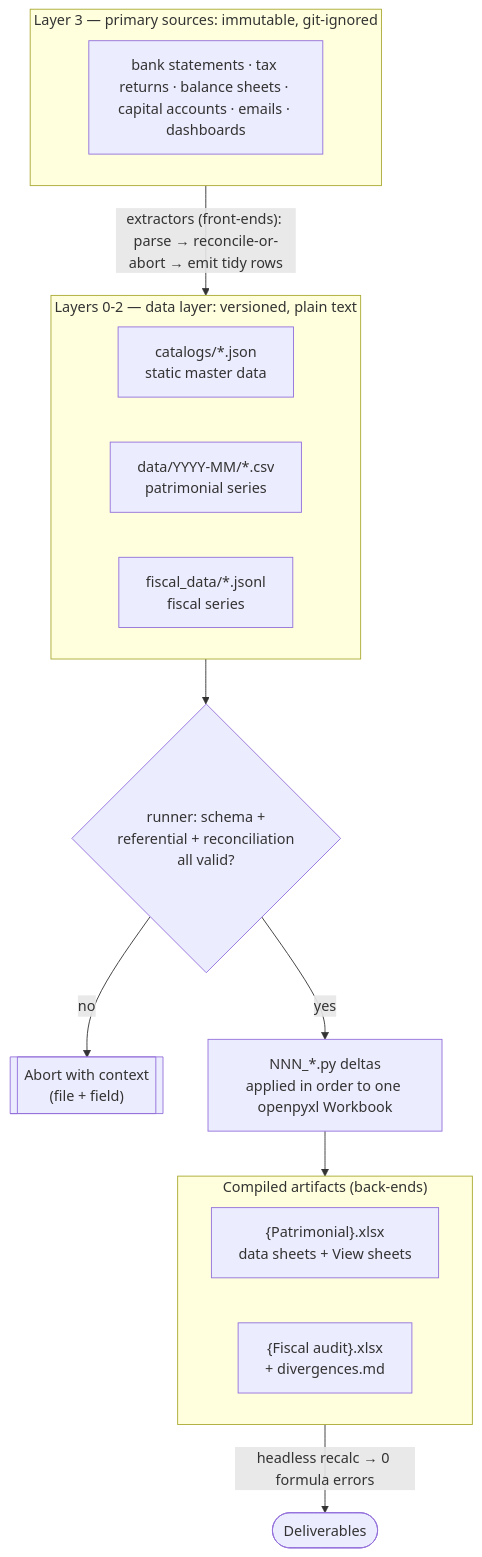
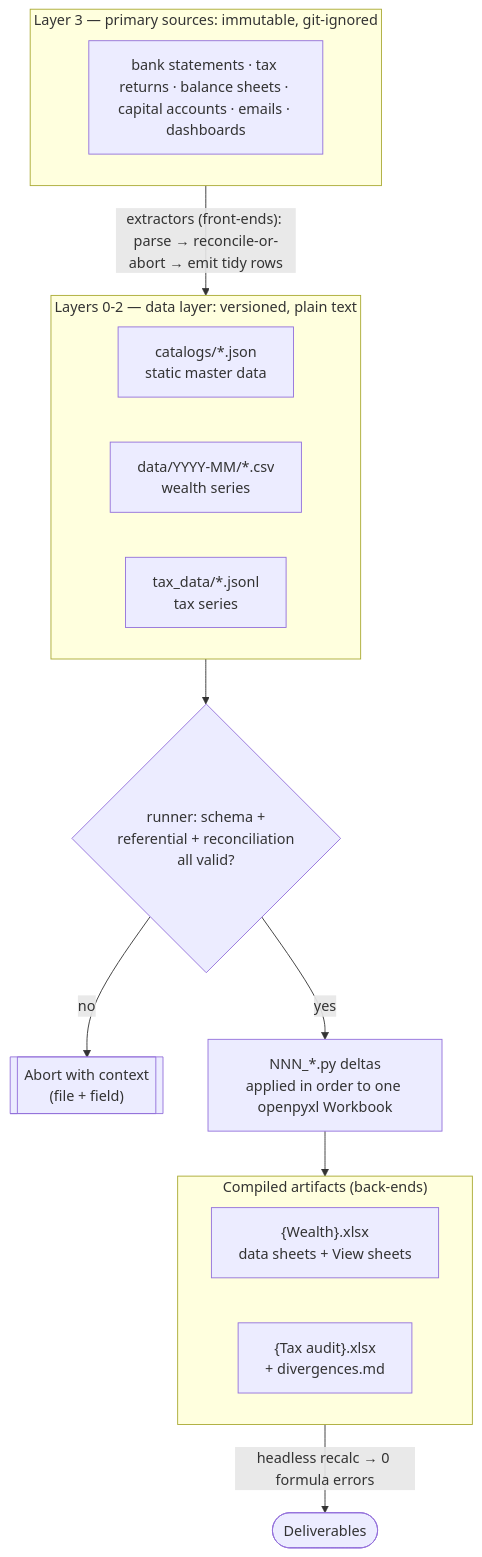
One commit to we-promise/sure changed the first of 4 diagrams in docs/llm-guides/patrimonial-blueprint.md. Above: the diagram before and after it, drawn with Mermaid. The commit also changed other lines of this file, not shown here.

First line of the commit message:
docs(llm-guides): replace patrimonial blueprint with its final revision

````diff
--- a/docs/llm-guides/patrimonial-blueprint.md
+++ b/docs/llm-guides/patrimonial-blueprint.md
@@ -229,26 +247,26 @@
 ```mermaid
 flowchart TD
     subgraph SRC["Layer 3 — primary sources: immutable, git-ignored"]
         direction LR
         S["bank statements · tax returns · balance sheets · capital accounts · emails · dashboards"]
     end
     SRC -->|"extractors (front-ends): parse → reconcile-or-abort → emit tidy rows"| DL
 
     subgraph DL["Layers 0-2 — data layer: versioned, plain text"]
         direction LR
         C["catalogs/*.json<br/>static master data"]
-        V["data/YYYY-MM/*.csv<br/>patrimonial series"]
-        F["fiscal_data/*.jsonl<br/>fiscal series"]
+        V["data/YYYY-MM/*.csv<br/>wealth series"]
+        F["tax_data/*.jsonl<br/>tax series"]
     end
     DL --> RUN{"runner: schema +<br/>referential + reconciliation<br/>all valid?"}
     RUN -->|no| ABORT[["Abort with context<br/>(file + field)"]]
     RUN -->|yes| DELTAS["NNN_*.py deltas<br/>applied in order to one openpyxl Workbook"]
     DELTAS --> ART
 
     subgraph ART["Compiled artifacts (back-ends)"]
         direction LR
-        A1["{Patrimonial}.xlsx<br/>data sheets + View sheets"]
-        A2["{Fiscal audit}.xlsx<br/>+ divergences.md"]
+        A1["{Wealth}.xlsx<br/>data sheets + View sheets"]
+        A2["{Tax audit}.xlsx<br/>+ divergences.md"]
     end
     ART -->|"headless recalc → 0 formula errors"| DONE([Deliverables])
 ```
````
